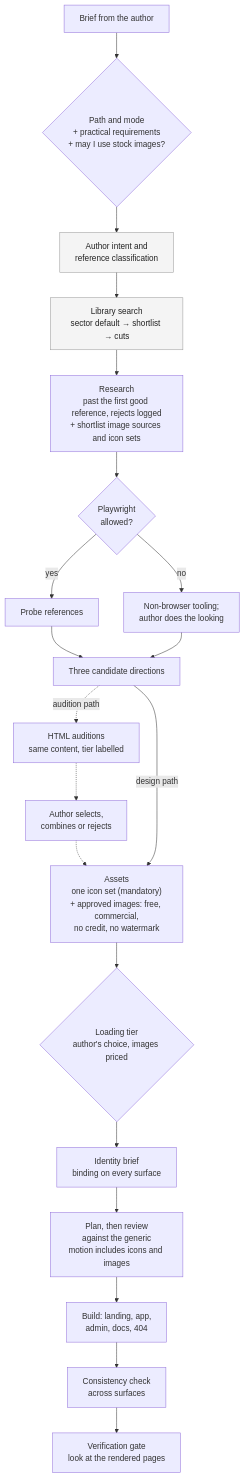
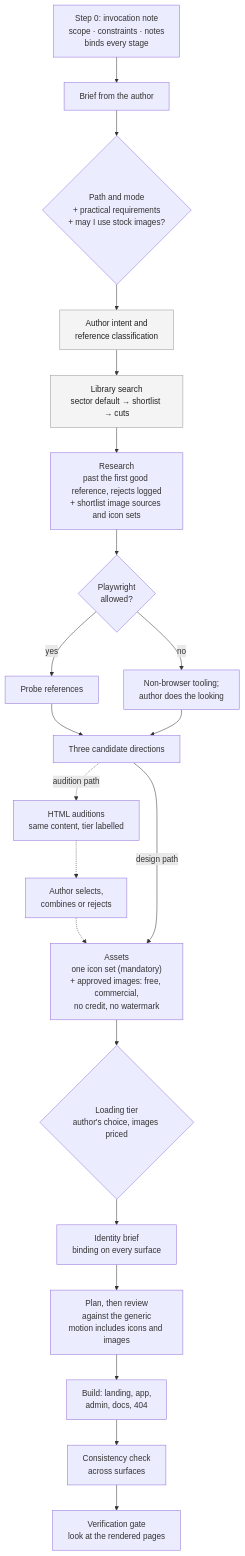
The first of 2 diagrams in README.md (jounimn/df-design), drawn with Mermaid before and after one commit. The commit also changed other lines of this file and 6 other files, not shown here.

````diff
--- a/README.md
+++ b/README.md
@@ -79,26 +90,27 @@
 ```mermaid
 flowchart TD
+    Z["Step 0: invocation note<br/>scope · constraints · notes<br/>binds every stage"] --> A
     A["Brief from the author"] --> G{"Path and mode<br/>+ practical requirements<br/>+ may I use stock images?"}
     G --> I["Author intent and<br/>reference classification"]
     I --> L["Library search<br/>sector default → shortlist → cuts"]
     L --> R["Research<br/>past the first good reference, rejects logged<br/>+ shortlist image sources and icon sets"]
     R --> P{"Playwright<br/>allowed?"}
     P -->|yes| PR["Probe references"]
     P -->|no| NB["Non-browser tooling;<br/>author does the looking"]
     PR --> D["Three candidate directions"]
     NB --> D
     D -.audition path.-> AU["HTML auditions<br/>same content, tier labelled"]
     AU -.-> S["Author selects,<br/>combines or rejects"]
     S -.-> AS
     D -->|design path| AS["Assets<br/>one icon set (mandatory)<br/>+ approved images: free, commercial,<br/>no credit, no watermark"]
     AS --> T{"Loading tier<br/>author's choice, images priced"}
     T --> B["Identity brief<br/>binding on every surface"]
     B --> PL["Plan, then review<br/>against the generic<br/>motion includes icons and images"]
     PL --> BU["Build: landing, app,<br/>admin, docs, 404"]
     BU --> C["Consistency check<br/>across surfaces"]
     C --> V["Verification gate<br/>look at the rendered pages"]
 
     classDef ref fill:#f4f4f4,stroke:#999,color:#222
     I:::ref
     L:::ref
 ```
````
